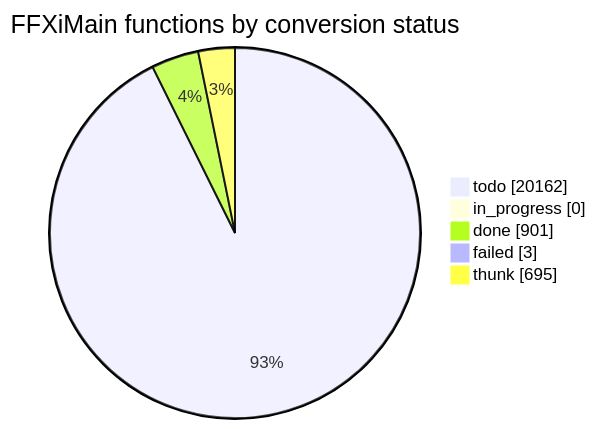
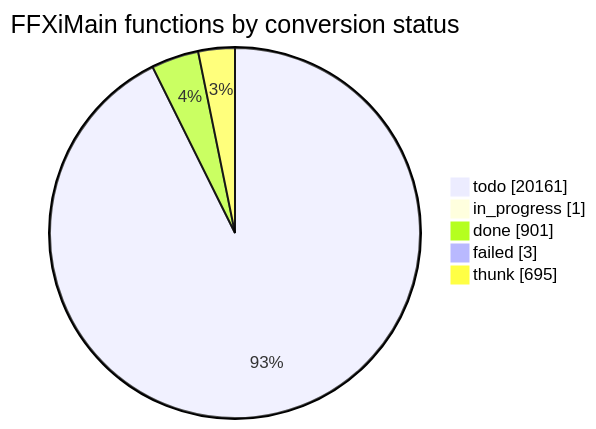
One commit to cowrevenge/cow_kuluu_xi_anything changed the diagram in docs/cow/STATUS.md. Above: the diagram before and after it, drawn with Mermaid. The commit also changed other lines of this file and 7 other files, not shown here.

````diff
--- a/docs/cow/STATUS.md
+++ b/docs/cow/STATUS.md
@@ -18,9 +18,9 @@
 ```mermaid
 pie showData
     title FFXiMain functions by conversion status
-    "todo" : 20162
-    "in_progress" : 0
+    "todo" : 20161
+    "in_progress" : 1
     "done" : 901
     "failed" : 3
     "thunk" : 695
 ```
````
